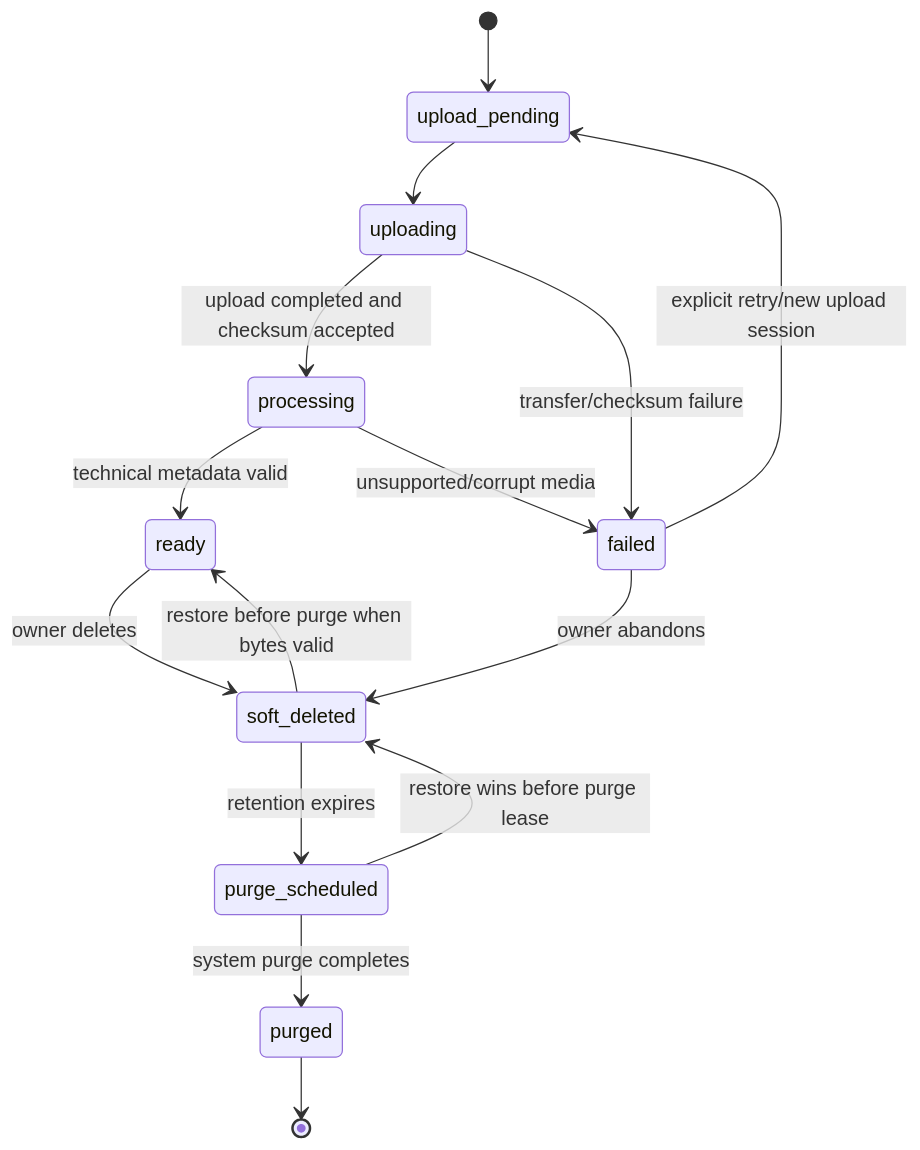
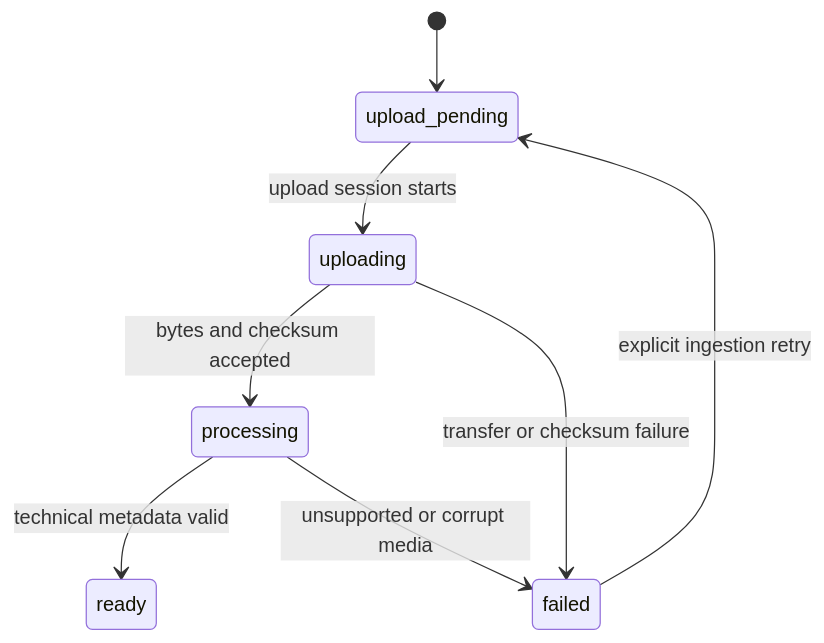
One commit to phucsd1/Oloka_Video changed the first of 2 diagrams in docs/architecture/ASSET_LIFECYCLE.md. Above: the diagram before and after it, drawn with Mermaid. The commit also changed other lines of this file and 21 other files, not shown here.

````diff
--- a/docs/architecture/ASSET_LIFECYCLE.md
+++ b/docs/architecture/ASSET_LIFECYCLE.md
@@ -5,17 +7,10 @@
 ```mermaid
 stateDiagram-v2
   [*] --> upload_pending
-  upload_pending --> uploading
-  uploading --> processing: upload completed and checksum accepted
-  uploading --> failed: transfer/checksum failure
+  upload_pending --> uploading: upload session starts
+  uploading --> processing: bytes and checksum accepted
+  uploading --> failed: transfer or checksum failure
   processing --> ready: technical metadata valid
-  processing --> failed: unsupported/corrupt media
-  failed --> upload_pending: explicit retry/new upload session
-  ready --> soft_deleted: owner deletes
-  failed --> soft_deleted: owner abandons
-  soft_deleted --> ready: restore before purge when bytes valid
-  soft_deleted --> purge_scheduled: retention expires
-  purge_scheduled --> soft_deleted: restore wins before purge lease
-  purge_scheduled --> purged: system purge completes
-  purged --> [*]
+  processing --> failed: unsupported or corrupt media
+  failed --> upload_pending: explicit ingestion retry
 ```
````
